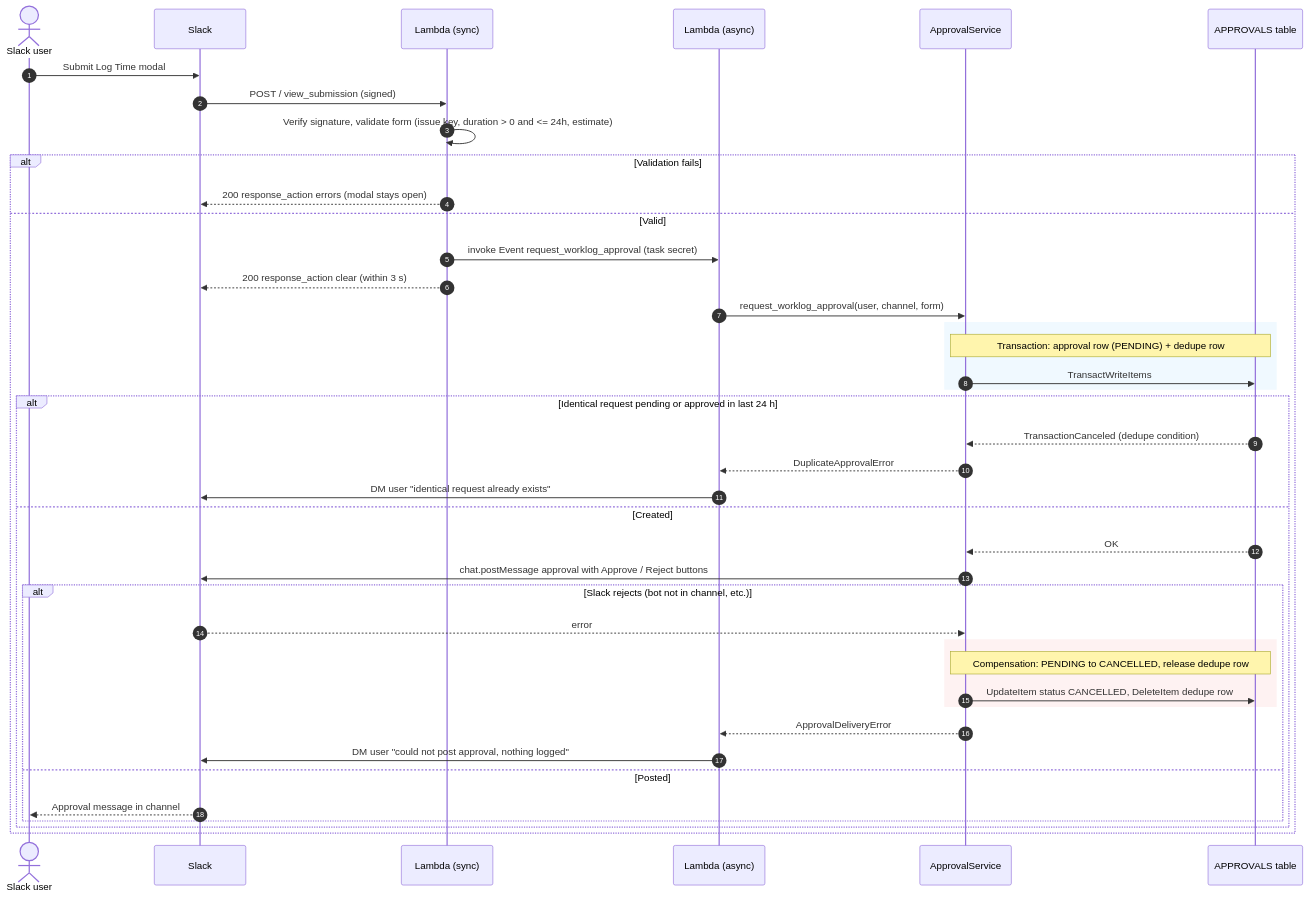
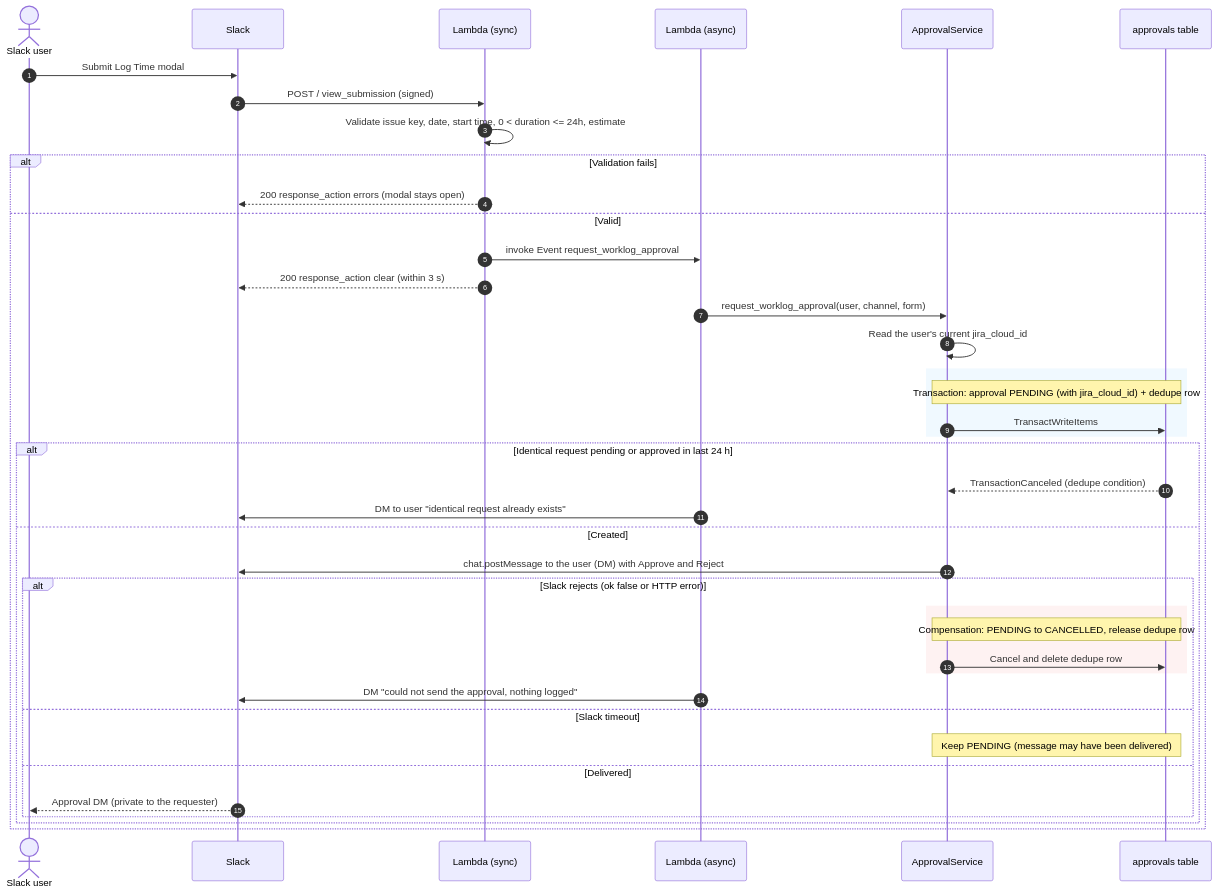
Before and after one commit to lolohoang123/jira_agent: the seventh of 10 diagrams in docs/design/data_model_and_flows.md, drawn with Mermaid. The commit also changed other lines of this file and 10 other files, not shown here.

````diff
--- a/docs/design/data_model_and_flows.md
+++ b/docs/design/data_model_and_flows.md
@@ -215,44 +340,43 @@
 ```mermaid
 sequenceDiagram
     autonumber
     actor U as Slack user
     participant SL as Slack
     participant L as Lambda (sync)
     participant A as Lambda (async)
     participant S as ApprovalService
-    participant DB as APPROVALS table
+    participant DB as approvals table
 
     U->>SL: Submit Log Time modal
     SL->>L: POST / view_submission (signed)
-    L->>L: Verify signature, validate form (issue key, duration > 0 and <= 24h, estimate)
+    L->>L: Validate issue key, date, start time, 0 < duration <= 24h, estimate
     alt Validation fails
         L-->>SL: 200 response_action errors (modal stays open)
     else Valid
-        L->>A: invoke Event request_worklog_approval (task secret)
+        L->>A: invoke Event request_worklog_approval
         L-->>SL: 200 response_action clear (within 3 s)
         A->>S: request_worklog_approval(user, channel, form)
+        S->>S: Read the user's current jira_cloud_id
         rect rgb(240, 249, 255)
-            Note over S,DB: Transaction: approval row (PENDING) + dedupe row
+            Note over S,DB: Transaction: approval PENDING (with jira_cloud_id) + dedupe row
             S->>DB: TransactWriteItems
         end
         alt Identical request pending or approved in last 24 h
             DB-->>S: TransactionCanceled (dedupe condition)
-            S-->>A: DuplicateApprovalError
-            A->>SL: DM user "identical request already exists"
+            A->>SL: DM to user "identical request already exists"
         else Created
-            DB-->>S: OK
-            S->>SL: chat.postMessage approval with Approve / Reject buttons
-            alt Slack rejects (bot not in channel, etc.)
-                SL-->>S: error
+            S->>SL: chat.postMessage to the user (DM) with Approve and Reject
+            alt Slack rejects (ok false or HTTP error)
                 rect rgb(254, 242, 242)
                     Note over S,DB: Compensation: PENDING to CANCELLED, release dedupe row
-                    S->>DB: UpdateItem status CANCELLED, DeleteItem dedupe row
+                    S->>DB: Cancel and delete dedupe row
                 end
-                S-->>A: ApprovalDeliveryError
-                A->>SL: DM user "could not post approval, nothing logged"
-            else Posted
-                SL-->>U: Approval message in channel
+                A->>SL: DM "could not send the approval, nothing logged"
+            else Slack timeout
+                Note over S,DB: Keep PENDING (message may have been delivered)
+            else Delivered
+                SL-->>U: Approval DM (private to the requester)
             end
         end
     end
 ```
````
